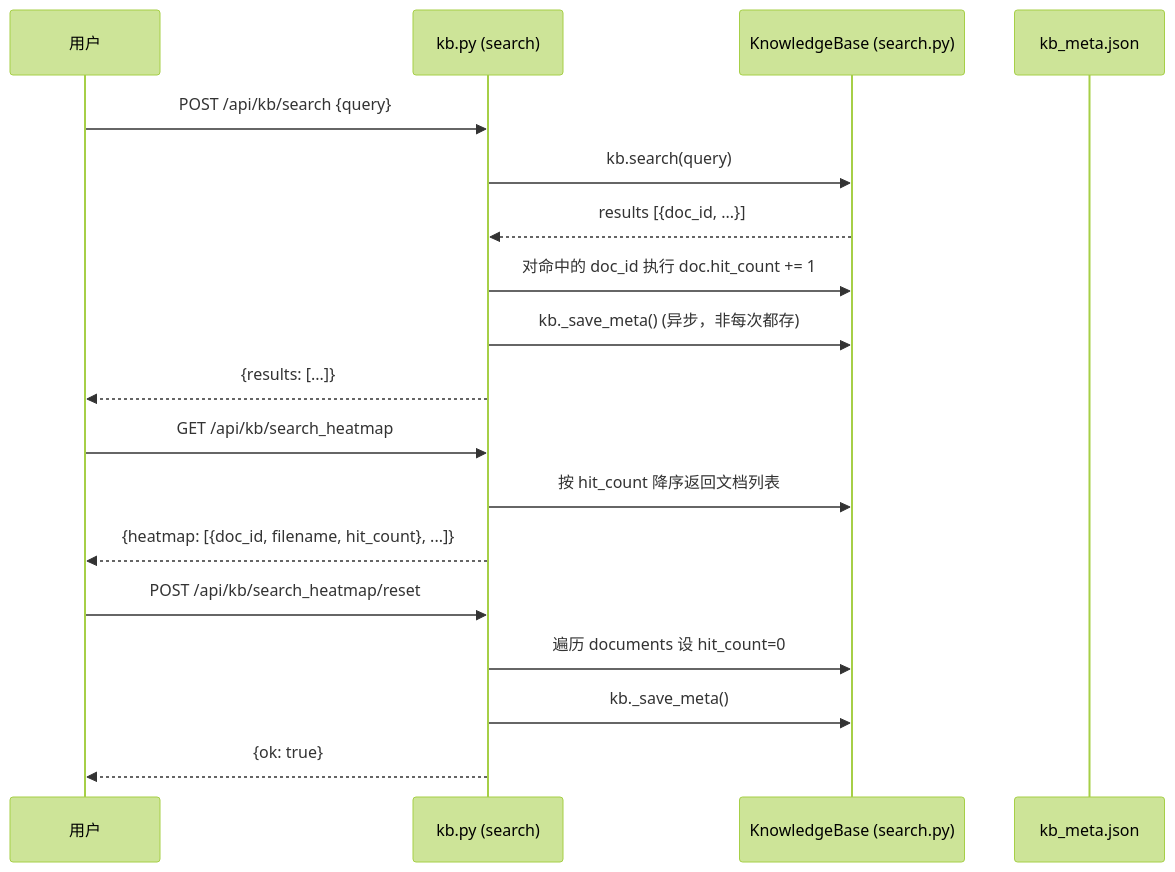
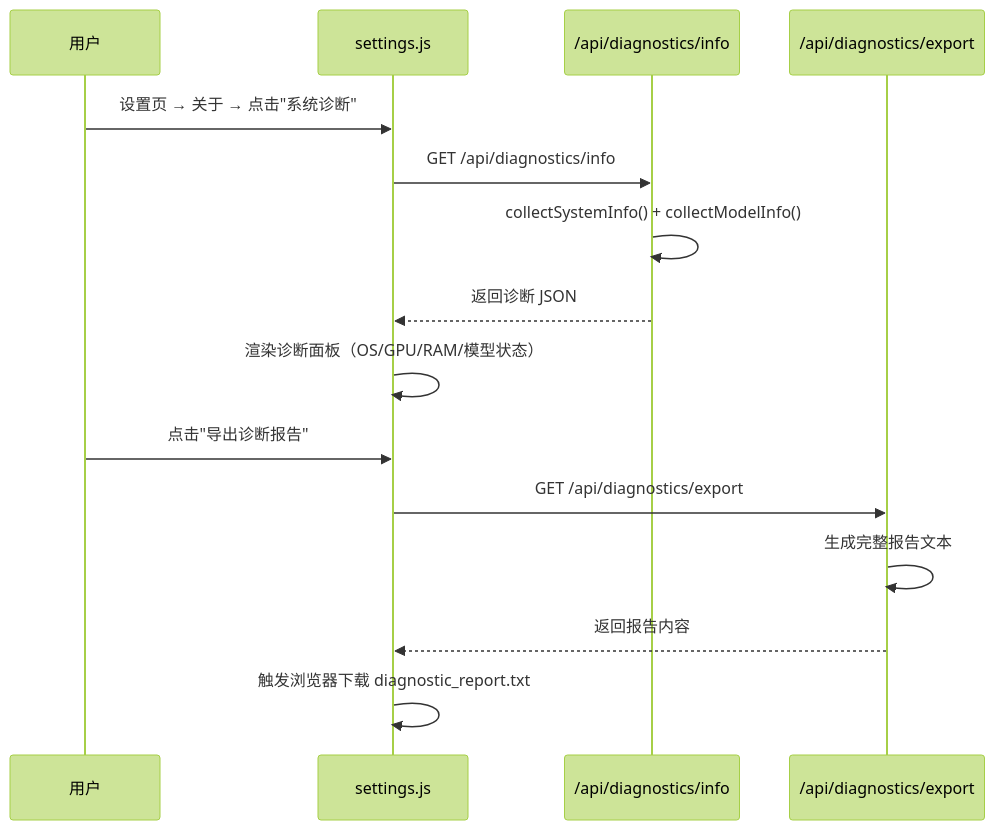
The fifth of 7 diagrams in docs/system_design.md (zwq871482439/sidemate), drawn with Mermaid (forest theme) before and after one commit. The commit also changed other lines of this file and 27 other files, not shown here.

````diff
--- a/docs/system_design.md
+++ b/docs/system_design.md
@@ -390,23 +299,19 @@
 ```mermaid
 sequenceDiagram
     participant U as 用户
-    participant BE as kb.py (search)
-    participant KB as KnowledgeBase (search.py)
-    participant Meta as kb_meta.json
+    participant Set as settings.js
+    participant Diag as /api/diagnostics/info
+    participant Export as /api/diagnostics/export
 
-    U->>BE: POST /api/kb/search {query}
-    BE->>KB: kb.search(query)
-    KB-->>BE: results [{doc_id, ...}]
-    BE->>KB: 对命中的 doc_id 执行 doc.hit_count += 1
-    BE->>KB: kb._save_meta() (异步，非每次都存)
-    BE-->>U: {results: [...]}
+    U->>Set: 设置页 → 关于 → 点击"系统诊断"
+    Set->>Diag: GET /api/diagnostics/info
+    Diag->>Diag: collectSystemInfo() + collectModelInfo()
+    Diag-->>Set: 返回诊断 JSON
+    Set->>Set: 渲染诊断面板（OS/GPU/RAM/模型状态）
 
-    U->>BE: GET /api/kb/search_heatmap
-    BE->>KB: 按 hit_count 降序返回文档列表
-    BE-->>U: {heatmap: [{doc_id, filename, hit_count}, ...]}
-
-    U->>BE: POST /api/kb/search_heatmap/reset
-    BE->>KB: 遍历 documents 设 hit_count=0
-    BE->>KB: kb._save_meta()
-    BE-->>U: {ok: true}
+    U->>Set: 点击"导出诊断报告"
+    Set->>Export: GET /api/diagnostics/export
+    Export->>Export: 生成完整报告文本
+    Export-->>Set: 返回报告内容
+    Set->>Set: 触发浏览器下载 diagnostic_report.txt
 ```
````
